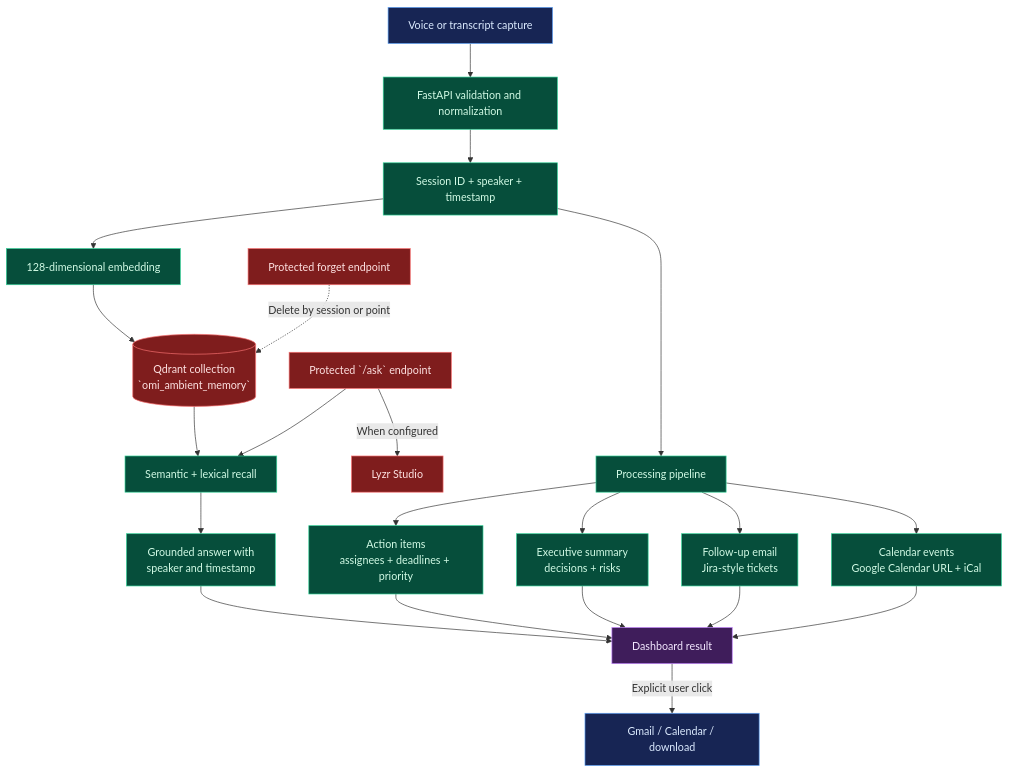
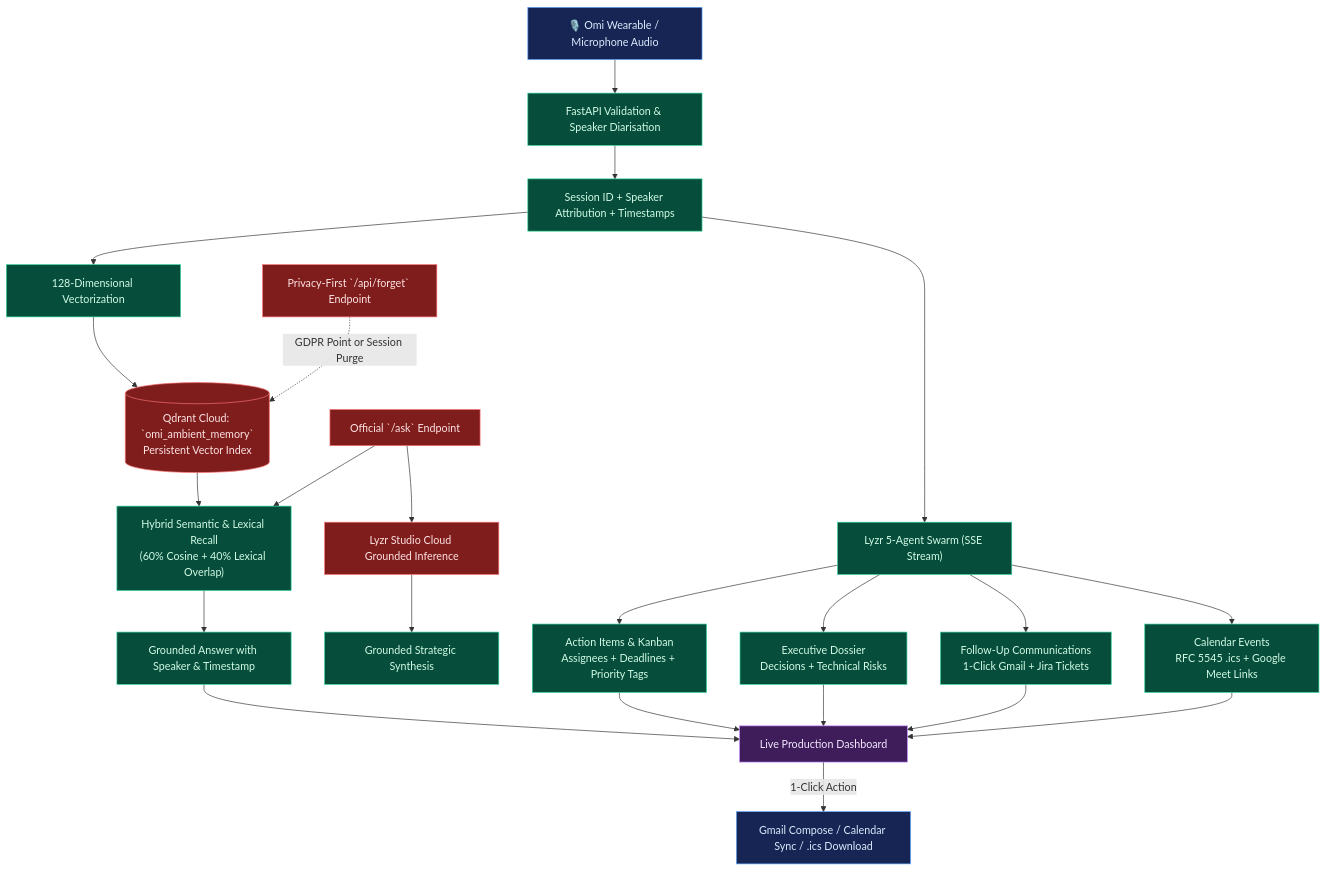
Before and after one commit to masood-mashu/omimind-agent: the diagram in docs/DATA_FLOW.md, drawn with Mermaid. The commit also changed other lines of this file and 3 other files, not shown here.

Commit message:
docs: align README and architecture diagrams with official hackathon submission requirements

````diff
--- a/docs/DATA_FLOW.md
+++ b/docs/DATA_FLOW.md
@@ -5,37 +5,38 @@
 ```mermaid
 flowchart TD
-    Capture["Voice or transcript capture"] --> Normalize["FastAPI validation and normalization"]
-    Normalize --> Session["Session ID + speaker + timestamp"]
-    Session --> Embed["128-dimensional embedding"]
-    Embed --> Store[("Qdrant collection\n`omi_ambient_memory`")]
+    Capture["🎙️ Omi Wearable / Microphone Audio"] --> Normalize["FastAPI Validation & Speaker Diarisation"]
+    Normalize --> Session["Session ID + Speaker Attribution + Timestamps"]
+    Session --> Embed["128-Dimensional Vectorization"]
+    Embed --> Store[("Qdrant Cloud: `omi_ambient_memory`<br/>Persistent Vector Index")]
 
-    Session --> Pipeline["Processing pipeline"]
-    Pipeline --> Extract["Action items\nassignees + deadlines + priority"]
-    Pipeline --> Brief["Executive summary\ndecisions + risks"]
-    Pipeline --> Dispatch["Follow-up email\nJira-style tickets"]
-    Pipeline --> Schedule["Calendar events\nGoogle Calendar URL + iCal"]
+    Session --> Pipeline["Lyzr 5-Agent Swarm (SSE Stream)"]
+    Pipeline --> Extract["Action Items & Kanban<br/>Assignees + Deadlines + Priority Tags"]
+    Pipeline --> Brief["Executive Dossier<br/>Decisions + Technical Risks"]
+    Pipeline --> Dispatch["Follow-Up Communications<br/>1-Click Gmail + Jira Tickets"]
+    Pipeline --> Schedule["Calendar Events<br/>RFC 5545 .ics + Google Meet Links"]
 
-    Store --> Search["Semantic + lexical recall"]
-    Search --> Answer["Grounded answer with\nspeaker and timestamp"]
-    Answer --> Dashboard["Dashboard result"]
+    Store --> Search["Hybrid Semantic & Lexical Recall<br/>(60% Cosine + 40% Lexical Overlap)"]
+    Search --> Answer["Grounded Answer with Speaker & Timestamp"]
+    Answer --> Dashboard["Live Production Dashboard"]
 
     Extract --> Dashboard
     Brief --> Dashboard
     Dispatch --> Dashboard
     Schedule --> Dashboard
 
-    Dashboard -->|Explicit user click| External["Gmail / Calendar / download"]
+    Dashboard -->|1-Click Action| External["Gmail Compose / Calendar Sync / .ics Download"]
 
-    Delete["Protected forget endpoint"] -.->|Delete by session or point| Store
-    Ask["Protected `/ask` endpoint"] --> Search
-    Ask -->|When configured| Lyzr["Lyzr Studio"]
+    Delete["Privacy-First `/api/forget` Endpoint"] -.->|GDPR Point or Session Purge| Store
+    Ask["Official `/ask` Endpoint"] --> Search
+    Ask --> Lyzr["Lyzr Studio Cloud Grounded Inference"]
+    Lyzr --> OutputAnswer["Grounded Strategic Synthesis"]
 
     classDef input fill:#172554,stroke:#60a5fa,color:#dbeafe;
     classDef process fill:#064e3b,stroke:#34d399,color:#d1fae5;
     classDef sensitive fill:#7f1d1d,stroke:#f87171,color:#fee2e2;
     classDef output fill:#3f1d5b,stroke:#c084fc,color:#f3e8ff;
     class Capture,External input;
-    class Normalize,Session,Embed,Pipeline,Extract,Brief,Dispatch,Schedule,Search,Answer process;
+    class Normalize,Session,Embed,Pipeline,Extract,Brief,Dispatch,Schedule,Search,Answer,OutputAnswer process;
     class Store,Delete,Ask,Lyzr sensitive;
     class Dashboard output;
 ```
````
